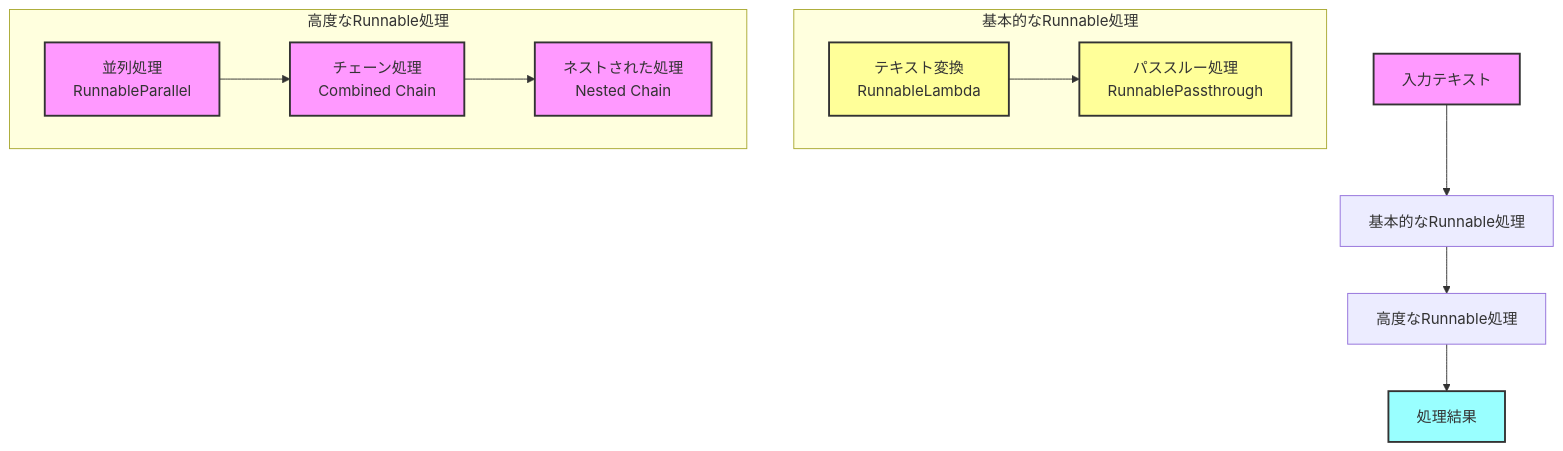
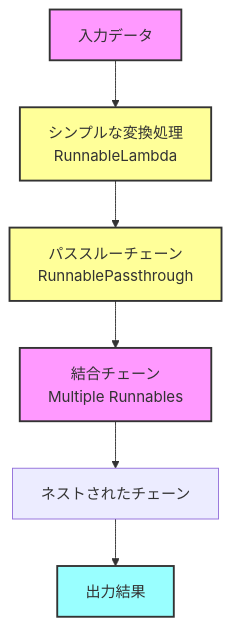
One commit to Sunwood-ai-labs/langchain-sandbox changed the first of 2 diagrams in README.md. Above: the diagram before and after it, drawn with Mermaid. The commit also changed other lines of this file, not shown here.

````diff
--- a/README.md
+++ b/README.md
@@ -135,31 +67,14 @@
 ```mermaid
 graph TB
-    Input[入力テキスト] --> Basic[基本的なRunnable処理]
-    
-    subgraph "基本的なRunnable処理"
-        Transform[テキスト変換<br/>RunnableLambda]
-        Passthrough[パススルー処理<br/>RunnablePassthrough]
-        Transform --> Passthrough
-    end
-    
-    Basic --> Advanced[高度なRunnable処理]
-    
-    subgraph "高度なRunnable処理"
-        Parallel[並列処理<br/>RunnableParallel]
-        Chain[チェーン処理<br/>Combined Chain]
-        Nested[ネストされた処理<br/>Nested Chain]
-        
-        Parallel --> Chain
-        Chain --> Nested
-    end
-    
-    Advanced --> Output[処理結果]
+    Input[入力データ] --> SimpleTransform[シンプルな変換処理<br/>RunnableLambda]
+    SimpleTransform --> Passthrough[パススルーチェーン<br/>RunnablePassthrough]
+    Passthrough --> Combined[結合チェーン<br/>Multiple Runnables]
+    Combined --> Nested[ネストされたチェーン]
+    Nested --> Output[出力結果]
     
     style Input fill:#f9f,stroke:#333,stroke-width:2px
     style Output fill:#9ff,stroke:#333,stroke-width:2px
-    style Transform fill:#ff9,stroke:#333,stroke-width:2px
+    style SimpleTransform fill:#ff9,stroke:#333,stroke-width:2px
     style Passthrough fill:#ff9,stroke:#333,stroke-width:2px
-    style Parallel fill:#f9f,stroke:#333,stroke-width:2px
-    style Chain fill:#f9f,stroke:#333,stroke-width:2px
-    style Nested fill:#f9f,stroke:#333,stroke-width:2px
+    style Combined fill:#f9f,stroke:#333,stroke-width:2px
 ```
````
